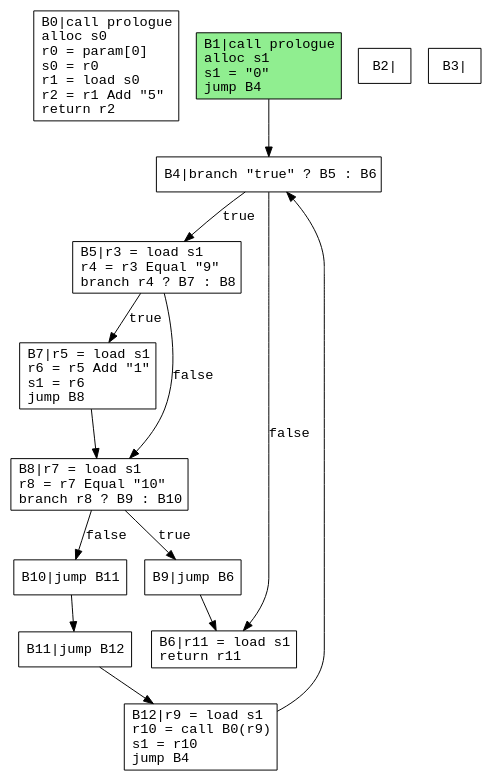
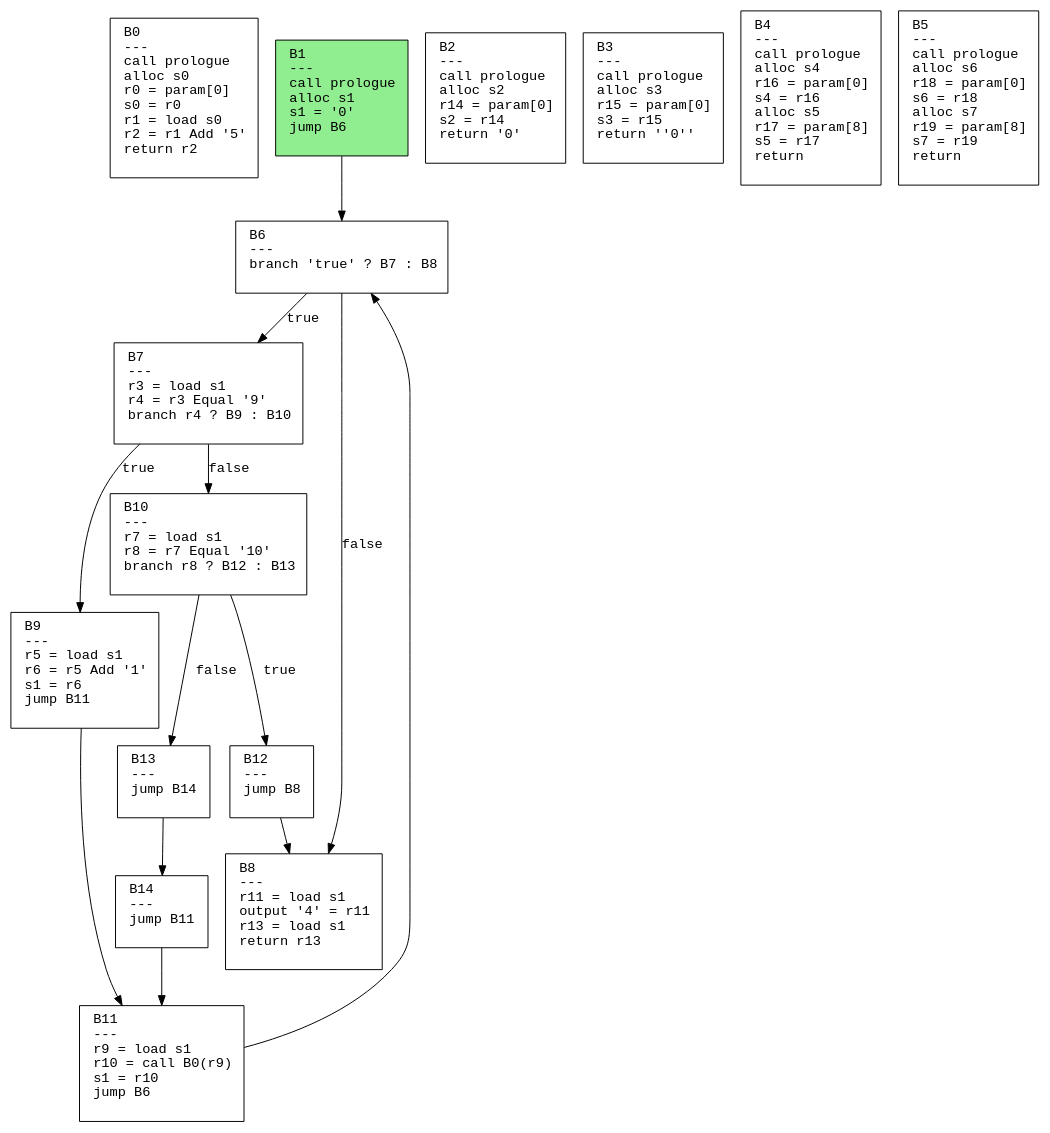
Before and after one commit to safarislava/ProcTranslator: the diagram in output/while.dot, drawn with Graphviz. The commit also changed 38 other files, not shown here.

Commit message:
Fix control flow graph

```diff
--- a/output/while.dot
+++ b/output/while.dot
@@ -1,32 +1,34 @@
 digraph CFG {
   rankdir=TB;
-  node [shape=box, fontname="Courier"];
+  node [shape=box, fontname="Courier", style=filled, fillcolor=white, margin="0.2,0.1"];
   edge [fontname="Courier"];
 
-  B0 [label="B0|call prologue\lalloc s0\lr0 = param[0]\ls0 = r0\lr1 = load s0\lr2 = r1 Add \"5\"\lreturn r2\l"];
-  B1 [label="B1|call prologue\lalloc s1\ls1 = \"0\"\ljump B4\l"];
-  B2 [label="B2|"];
-  B3 [label="B3|"];
-  B4 [label="B4|branch \"true\" ? B5 : B6\l"];
-  B5 [label="B5|r3 = load s1\lr4 = r3 Equal \"9\"\lbranch r4 ? B7 : B8\l"];
-  B6 [label="B6|r11 = load s1\lreturn r11\l"];
-  B7 [label="B7|r5 = load s1\lr6 = r5 Add \"1\"\ls1 = r6\ljump B8\l"];
-  B8 [label="B8|r7 = load s1\lr8 = r7 Equal \"10\"\lbranch r8 ? B9 : B10\l"];
-  B9 [label="B9|jump B6\l"];
-  B10 [label="B10|jump B11\l"];
-  B11 [label="B11|jump B12\l"];
-  B12 [label="B12|r9 = load s1\lr10 = call B0(r9)\ls1 = r10\ljump B4\l"];
-  B1 -> B4;
-  B4 -> B5 [label="true"];
-  B4 -> B6 [label="false"];
-  B5 -> B7 [label="true"];
-  B5 -> B8 [label="false"];
-  B7 -> B8;
-  B8 -> B9 [label="true"];
-  B8 -> B10 [label="false"];
-  B9 -> B6;
-  B10 -> B11;
-  B11 -> B12;
-  B12 -> B4;
-  B1 [style=filled, fillcolor=lightgreen];
+  "B0" [label="B0\l---\lcall prologue\lalloc s0\lr0 = param[0]\ls0 = r0\lr1 = load s0\lr2 = r1 Add '5'\lreturn r2\l "];
+  "B1" [label="B1\l---\lcall prologue\lalloc s1\ls1 = '0'\ljump B6\l "];
+  "B2" [label="B2\l---\lcall prologue\lalloc s2\lr14 = param[0]\ls2 = r14\lreturn '0'\l "];
+  "B3" [label="B3\l---\lcall prologue\lalloc s3\lr15 = param[0]\ls3 = r15\lreturn ''0''\l "];
+  "B4" [label="B4\l---\lcall prologue\lalloc s4\lr16 = param[0]\ls4 = r16\lalloc s5\lr17 = param[8]\ls5 = r17\lreturn\l "];
+  "B5" [label="B5\l---\lcall prologue\lalloc s6\lr18 = param[0]\ls6 = r18\lalloc s7\lr19 = param[8]\ls7 = r19\lreturn\l "];
+  "B6" [label="B6\l---\lbranch 'true' ? B7 : B8\l "];
+  "B7" [label="B7\l---\lr3 = load s1\lr4 = r3 Equal '9'\lbranch r4 ? B9 : B10\l "];
+  "B8" [label="B8\l---\lr11 = load s1\loutput '4' = r11\lr13 = load s1\lreturn r13\l "];
+  "B9" [label="B9\l---\lr5 = load s1\lr6 = r5 Add '1'\ls1 = r6\ljump B11\l "];
+  "B10" [label="B10\l---\lr7 = load s1\lr8 = r7 Equal '10'\lbranch r8 ? B12 : B13\l "];
+  "B11" [label="B11\l---\lr9 = load s1\lr10 = call B0(r9)\ls1 = r10\ljump B6\l "];
+  "B12" [label="B12\l---\ljump B8\l "];
+  "B13" [label="B13\l---\ljump B14\l "];
+  "B14" [label="B14\l---\ljump B11\l "];
+  "B1" -> "B6";
+  "B6" -> "B7" [label="true"];
+  "B6" -> "B8" [label="false"];
+  "B7" -> "B9" [label="true"];
+  "B7" -> "B10" [label="false"];
+  "B9" -> "B11";
+  "B10" -> "B12" [label="true"];
+  "B10" -> "B13" [label="false"];
+  "B11" -> "B6";
+  "B12" -> "B8";
+  "B13" -> "B14";
+  "B14" -> "B11";
+  "B1" [fillcolor=lightgreen];
 }
```
